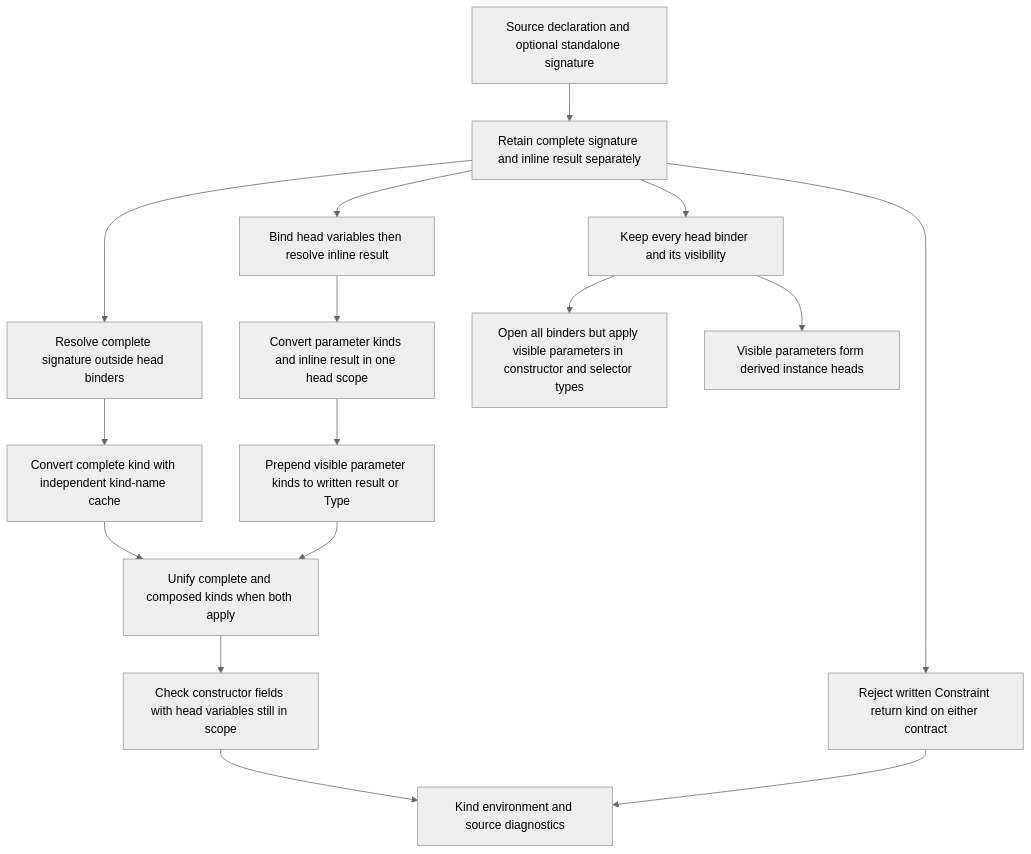
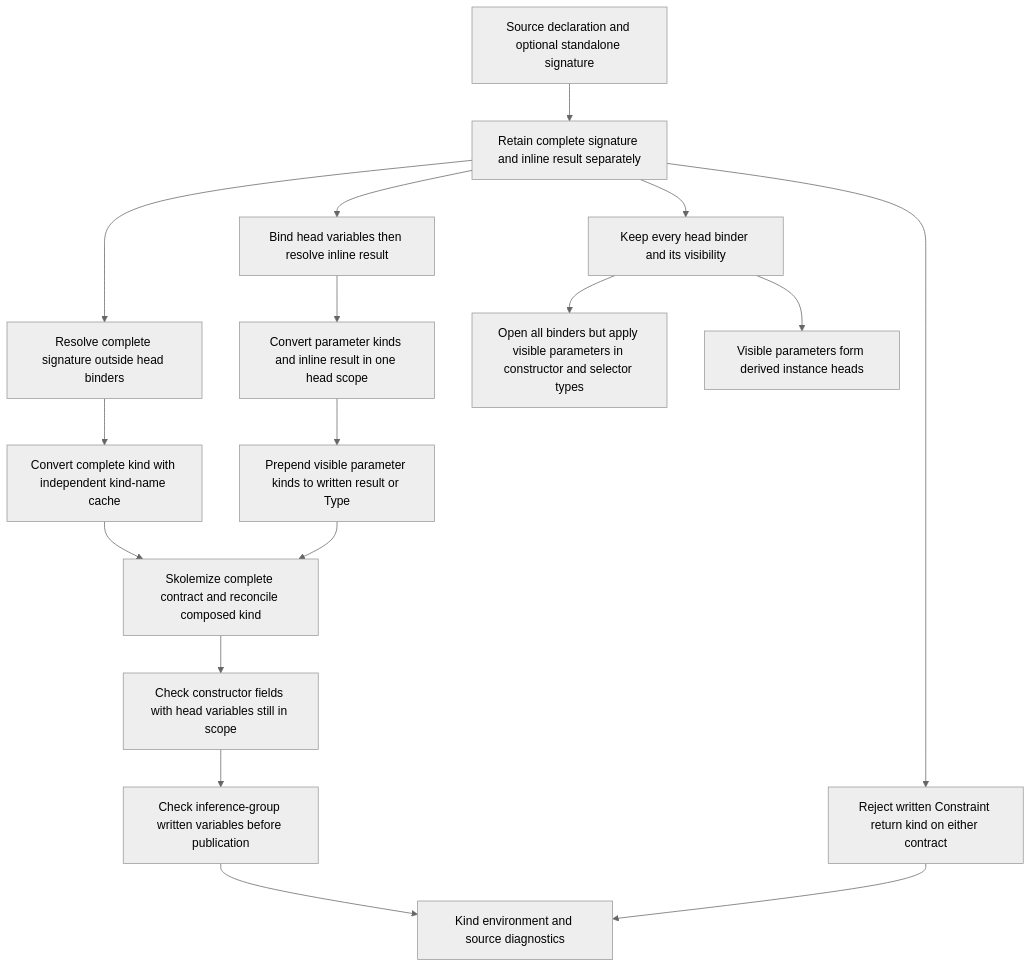
Before and after one commit to loveJesus/haskelujah-chirho: the first of 2 diagrams in spec-chirho/workflows-chirho/language-features-chirho/declaration-kinds-chirho.md, drawn with Mermaid (neutral theme). The commit also changed other lines of this file and 21 other files, not shown here.

First line of the commit message:
Checkpoint kind SCC publication and preserved superclass contexts

````diff
--- a/spec-chirho/workflows-chirho/language-features-chirho/declaration-kinds-chirho.md
+++ b/spec-chirho/workflows-chirho/language-features-chirho/declaration-kinds-chirho.md
@@ -10,18 +10,19 @@
 ```mermaid
 flowchart TD
   SourceChirho[Source declaration and optional standalone signature] --> LowerChirho[Retain complete signature and inline result separately]
   LowerChirho --> CompleteNamesChirho[Resolve complete signature outside head binders]
   LowerChirho --> HeadNamesChirho[Bind head variables then resolve inline result]
   CompleteNamesChirho --> CompleteKindChirho[Convert complete kind with independent kind-name cache]
   HeadNamesChirho --> HeadKindsChirho[Convert parameter kinds and inline result in one head scope]
   HeadKindsChirho --> ComposeChirho[Prepend visible parameter kinds to written result or Type]
-  CompleteKindChirho --> ReconcileChirho[Unify complete and composed kinds when both apply]
+  CompleteKindChirho --> ReconcileChirho[Skolemize complete contract and reconcile composed kind]
   ComposeChirho --> ReconcileChirho
   ReconcileChirho --> FieldsChirho[Check constructor fields with head variables still in scope]
   LowerChirho --> ConstraintChirho[Reject written Constraint return kind on either contract]
-  FieldsChirho --> ResultChirho[Kind environment and source diagnostics]
+  FieldsChirho --> GroupContractChirho[Check inference-group written variables before publication]
+  GroupContractChirho --> ResultChirho[Kind environment and source diagnostics]
   ConstraintChirho --> ResultChirho
   LowerChirho --> VisibilityChirho[Keep every head binder and its visibility]
   VisibilityChirho --> SchemesChirho[Open all binders but apply visible parameters in constructor and selector types]
   VisibilityChirho --> DerivingChirho[Visible parameters form derived instance heads]
 ```
````
